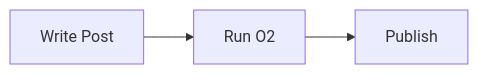
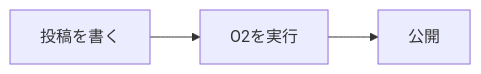
Before and after one commit to songkg7/songkg7.github.io: the second of 2 diagrams in i18n/jp/docusaurus-plugin-content-blog/2023-04-26/Image-optimazation-for-SEO.md, drawn with Mermaid. The commit also changed other lines of this file, not shown here.

````diff
--- a/i18n/jp/docusaurus-plugin-content-blog/2023-04-26/Image-optimazation-for-SEO.md
+++ b/i18n/jp/docusaurus-plugin-content-blog/2023-04-26/Image-optimazation-for-SEO.md
@@ -195,4 +180,4 @@
 ```mermaid
 flowchart LR
-    A[Write Post] --> B[Run O2] --> D[Publish]
+    A[投稿を書く] --> B[O2を実行] --> D[公開]
 ```
````
